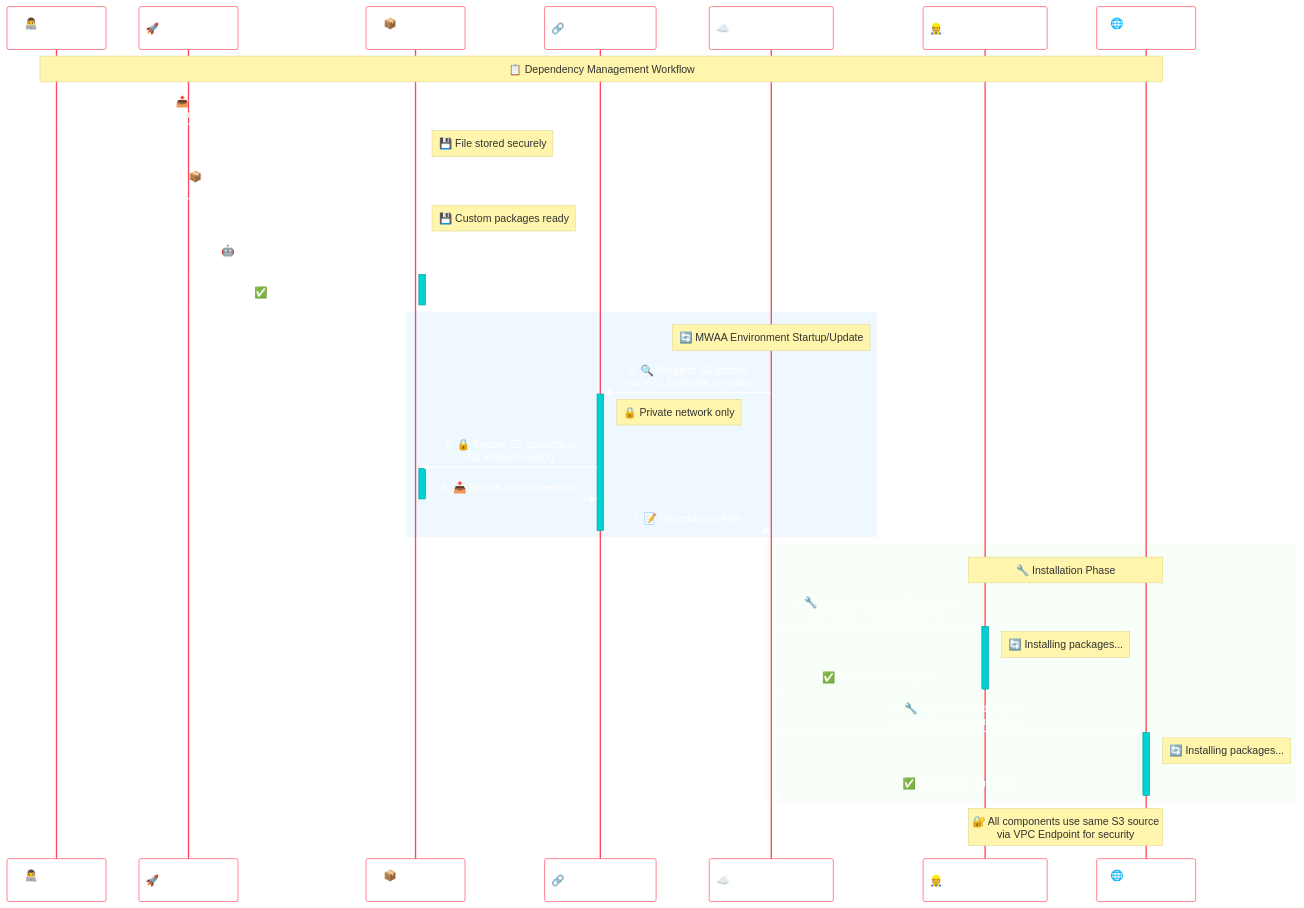
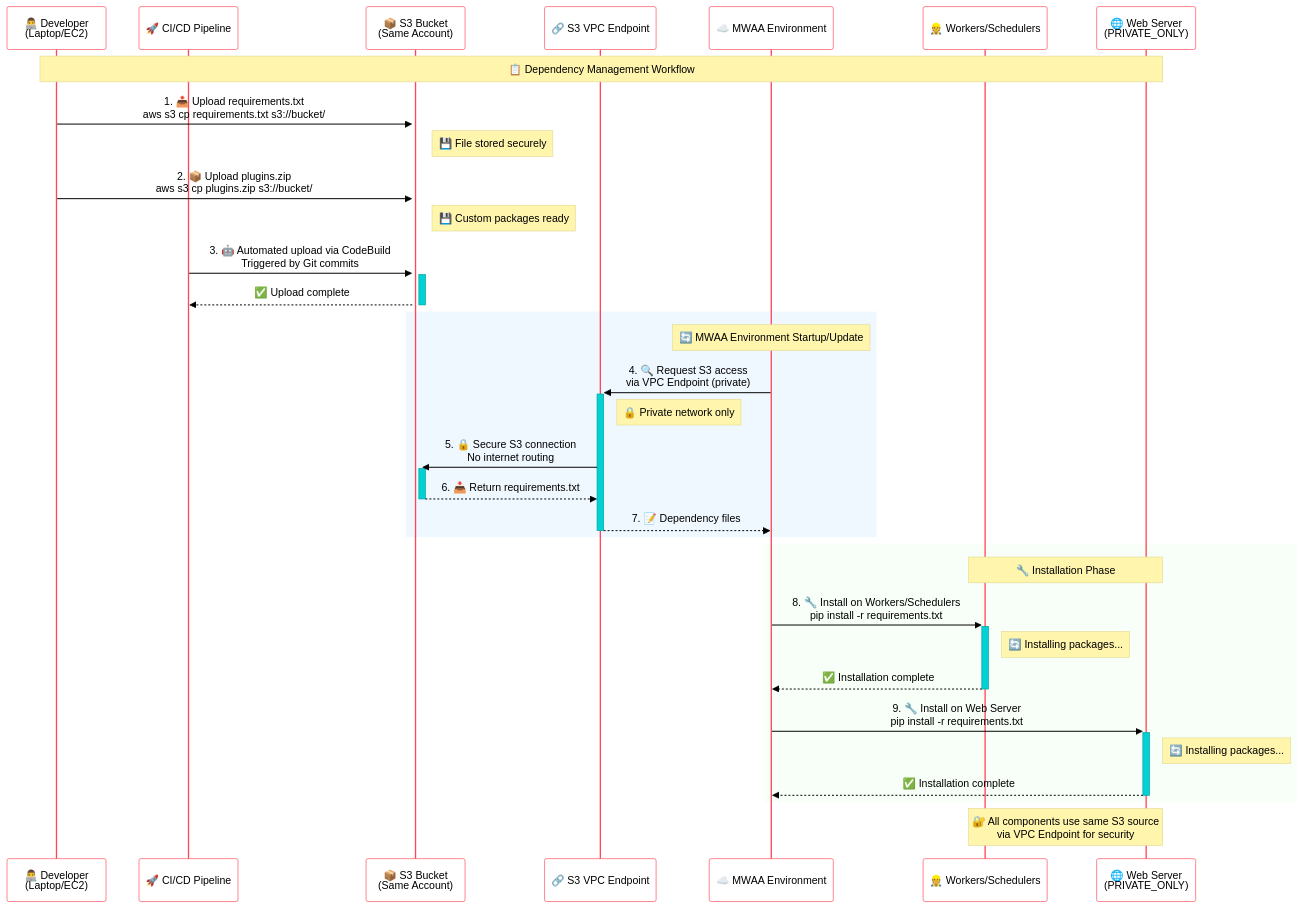
One commit to demoq-demo/mwaa changed the third of 13 diagrams in README.md. Above: the diagram before and after it, drawn with Mermaid. The commit also changed other lines of this file, not shown here.

````diff
--- a/README.md
+++ b/README.md
@@ -83,44 +83,44 @@
 ```mermaid
-%%{init: {'theme':'base', 'themeVariables': { 'primaryColor': '#ff6b6b', 'primaryTextColor': '#fff', 'primaryBorderColor': '#ff4757', 'lineColor': '#5f27cd', 'secondaryColor': '#00d2d3', 'tertiaryColor': '#fff', 'background': '#f8f9fa', 'mainBkg': '#ffffff', 'secondBkg': '#e3f2fd', 'tertiaryBkg': '#fff3e0'}}}%%
+%%{init: {'theme':'base', 'themeVariables': { 'primaryColor': '#ff6b6b', 'primaryTextColor': '#000000', 'actorTextColor': '#000000', 'labelTextColor': '#000000', 'loopTextColor': '#000000', 'noteTextColor': '#000000', 'activationTextColor': '#000000', 'primaryBorderColor': '#ff4757', 'lineColor': '#5f27cd', 'secondaryColor': '#00d2d3', 'tertiaryColor': '#fff', 'background': '#f8f9fa', 'mainBkg': '#ffffff', 'secondBkg': '#e3f2fd', 'tertiaryBkg': '#fff3e0', 'actorTextColor': '#000000', 'labelTextColor': '#000000'}}}%%
 sequenceDiagram
     participant DEV as 👨‍💻 Developer<br/>(Laptop/EC2)
     participant CICD as 🚀 CI/CD Pipeline
     participant S3 as 📦 S3 Bucket<br/>(Same Account)
     participant VPE as 🔗 S3 VPC Endpoint
     participant MWAA as ☁️ MWAA Environment
     participant W as 👷 Workers/Schedulers
     participant WS as 🌐 Web Server<br/>(PRIVATE_ONLY)
     
     Note over DEV,WS: 📋 Dependency Management Workflow
     
     DEV->>+S3: 1. 📤 Upload requirements.txt<br/>aws s3 cp requirements.txt s3://bucket/
     Note right of S3: 💾 File stored securely
     DEV->>+S3: 2. 📦 Upload plugins.zip<br/>aws s3 cp plugins.zip s3://bucket/
     Note right of S3: 💾 Custom packages ready
     CICD->>+S3: 3. 🤖 Automated upload via CodeBuild<br/>Triggered by Git commits
     S3-->>-CICD: ✅ Upload complete
     
     rect rgb(240, 248, 255)
         Note over MWAA: 🔄 MWAA Environment Startup/Update
         
         MWAA->>+VPE: 4. 🔍 Request S3 access<br/>via VPC Endpoint (private)
         Note right of VPE: 🔒 Private network only
         VPE->>+S3: 5. 🔒 Secure S3 connection<br/>No internet routing
         S3-->>-VPE: 6. 📥 Return requirements.txt
         VPE-->>-MWAA: 7. 📝 Dependency files
     end
     
     rect rgb(248, 255, 248)
         Note over W,WS: 🔧 Installation Phase
         
         MWAA->>+W: 8. 🔧 Install on Workers/Schedulers<br/>pip install -r requirements.txt
         Note right of W: 🔄 Installing packages...
         W-->>-MWAA: ✅ Installation complete
         
         MWAA->>+WS: 9. 🔧 Install on Web Server<br/>pip install -r requirements.txt
         Note right of WS: 🔄 Installing packages...
         WS-->>-MWAA: ✅ Installation complete
     end
     
     Note over W,WS: 🔐 All components use same S3 source<br/>via VPC Endpoint for security
 ```
````
